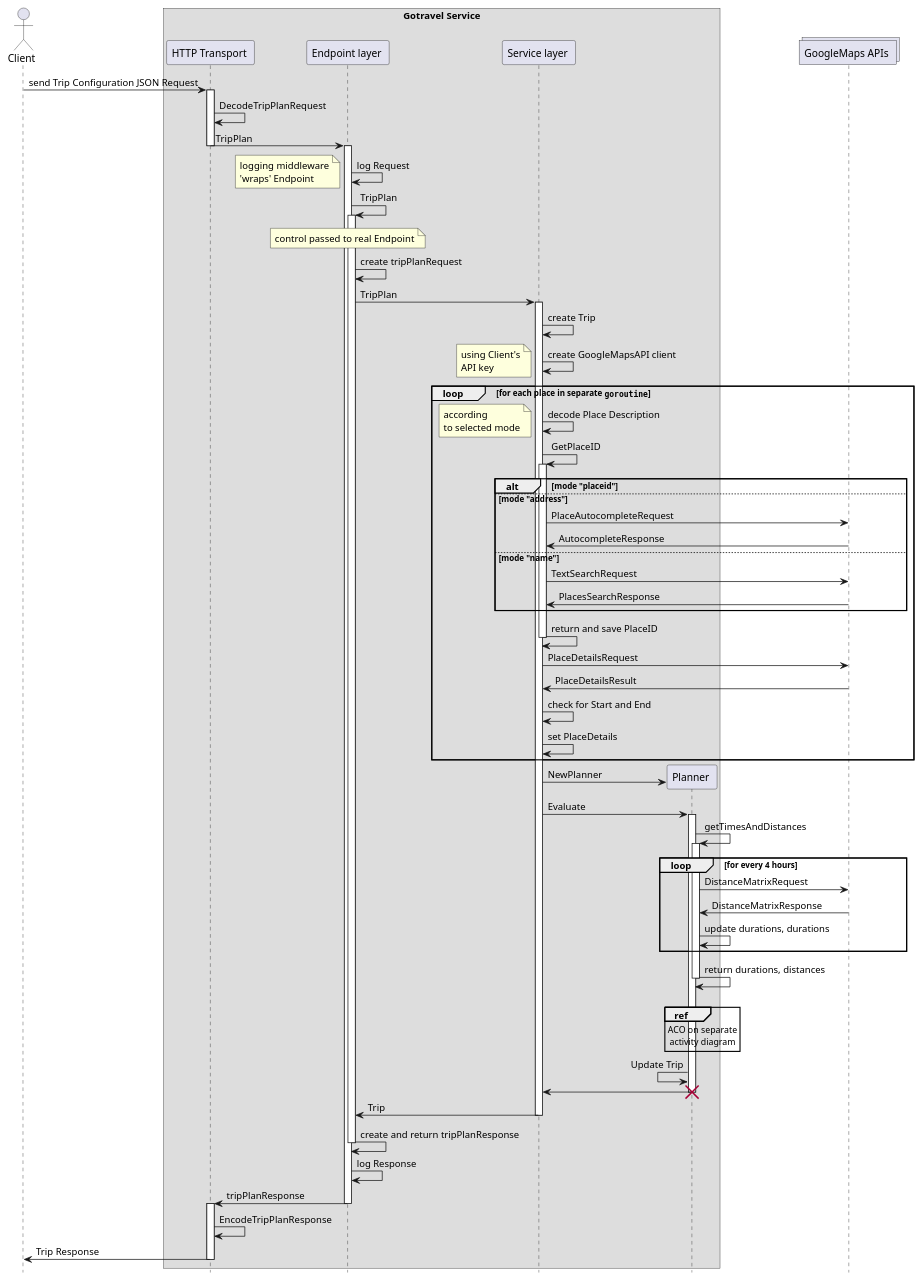
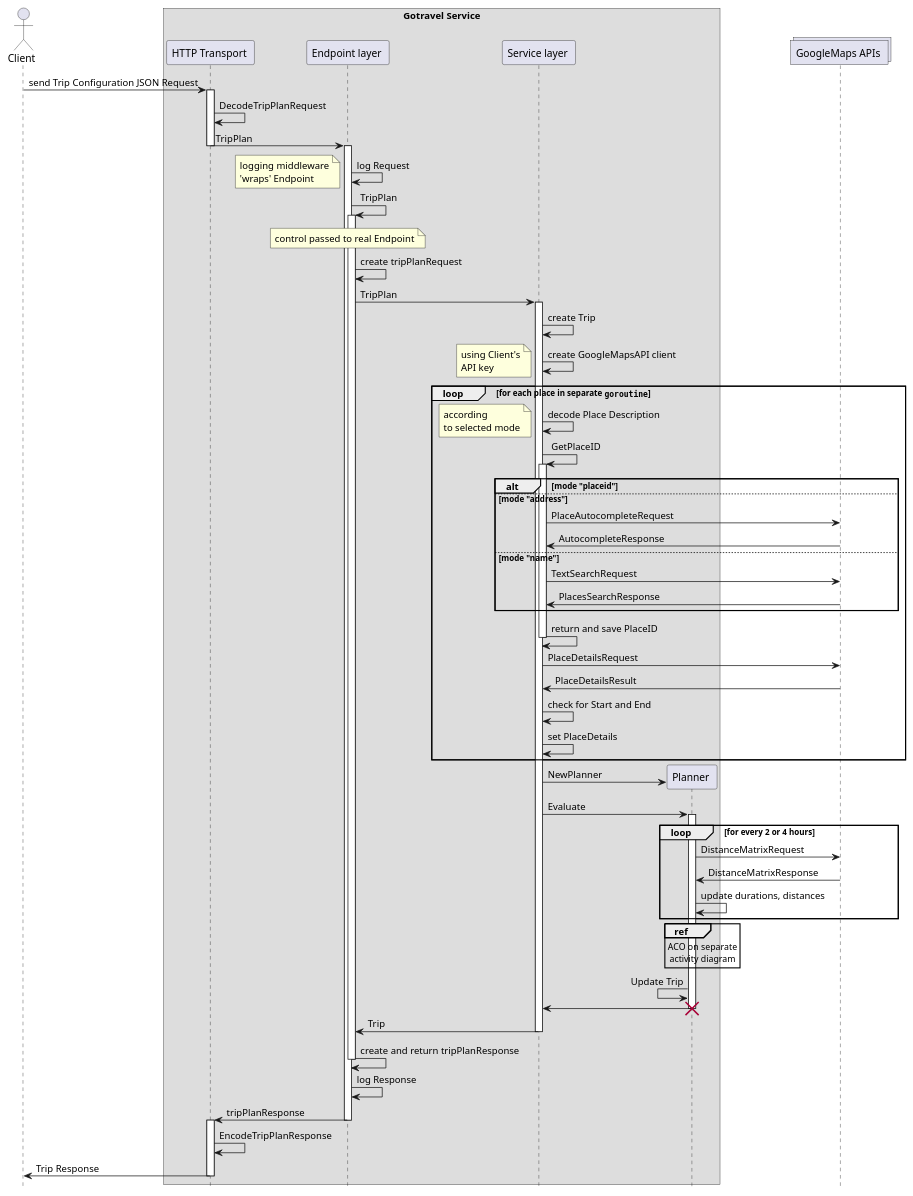
Before and after one commit to radekwlsk/go-travel: the diagram in svc_sequence.plantuml, drawn with PlantUML.

```diff
--- a/svc_sequence.plantuml
+++ b/svc_sequence.plantuml
@@ -1,90 +1,85 @@
 @startuml
 
 actor Client as C
 
 box "Gotravel Service"
  participant "HTTP Transport " as T
  participant "Endpoint layer " as E
  participant "Service layer " as S
  participant "Planner " as P
 end box
 collections "GoogleMaps APIs " as G
 
 C -> T: send Trip Configuration JSON Request
 activate T
 T -> T: DecodeTripPlanRequest
 T -> E: TripPlan
 deactivate T
 activate E
 E -> E: log Request
 note left: logging middleware\n'wraps' Endpoint
 E -> E: TripPlan
 activate E
 note over E: control passed to real Endpoint
 E -> E: create tripPlanRequest
 E -> S: TripPlan
 
 activate S
 S -> S: create Trip
 S -> S: create GoogleMapsAPI client
 note left: using Client's\nAPI key
 
 loop for each place in separate ""goroutine""
  S -> S: decode Place Description
  note left: according\nto selected mode
  S -> S: GetPlaceID
  activate S
  alt mode "placeid"
  else mode "address"
  S -> G: PlaceAutocompleteRequest
  S <- G: AutocompleteResponse
  else mode "name"
  S -> G: TextSearchRequest
  S <- G: PlacesSearchResponse
  end alt
  S -> S: return and save PlaceID
  deactivate S
  S -> G: PlaceDetailsRequest
  S <- G: PlaceDetailsResult
  S -> S: check for Start and End
  S -> S: set PlaceDetails
 end loop
 
 create P
 S -> P: NewPlanner
 S -> P: Evaluate
 activate P
-P -> P: getTimesAndDistances
-activate P
-loop for every 4 hours
+loop for every 2 or 4 hours
  P -> G: DistanceMatrixRequest
  P <- G: DistanceMatrixResponse
- P -> P: update durations, durations
+ P -> P: update durations, distances
 end loop
-P -> P: return durations, distances
-deactivate P
-|||
 ref over P
  ACO on separate
  activity diagram
 end
 P <- P: Update Trip
 S <- P:
 destroy P
 E <- S: Trip
 
 deactivate S
 
 E -> E: create and return tripPlanResponse
 deactivate E
 E -> E: log Response
 T <- E: tripPlanResponse
 deactivate E
 activate T
 T -> T: EncodeTripPlanResponse
 C <- T: Trip Response
 deactivate T
 
 hide footbox
 
 @enduml
```
